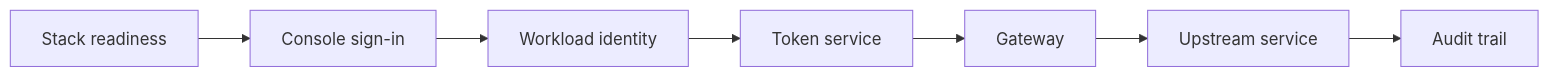
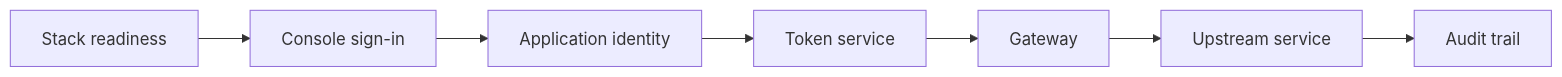
The diagram in docs/src/content/docs/get-started/first-run-troubleshooting.mdx (Garudex-Labs/caracal), drawn with Mermaid before and after one commit. The commit also changed other lines of this file and 127 other files, not shown here.

````diff
--- a/docs/src/content/docs/get-started/first-run-troubleshooting.mdx
+++ b/docs/src/content/docs/get-started/first-run-troubleshooting.mdx
@@ -9,4 +9,4 @@
 ```mermaid
 flowchart LR
-  Ready[Stack readiness] --> SignIn[Console sign-in] --> Identity[Workload identity] --> STS[Token service] --> GW[Gateway] --> Up[Upstream service] --> Audit[Audit trail]
+  Ready[Stack readiness] --> SignIn[Console sign-in] --> Identity[Application identity] --> STS[Token service] --> GW[Gateway] --> Up[Upstream service] --> Audit[Audit trail]
 ```
````
